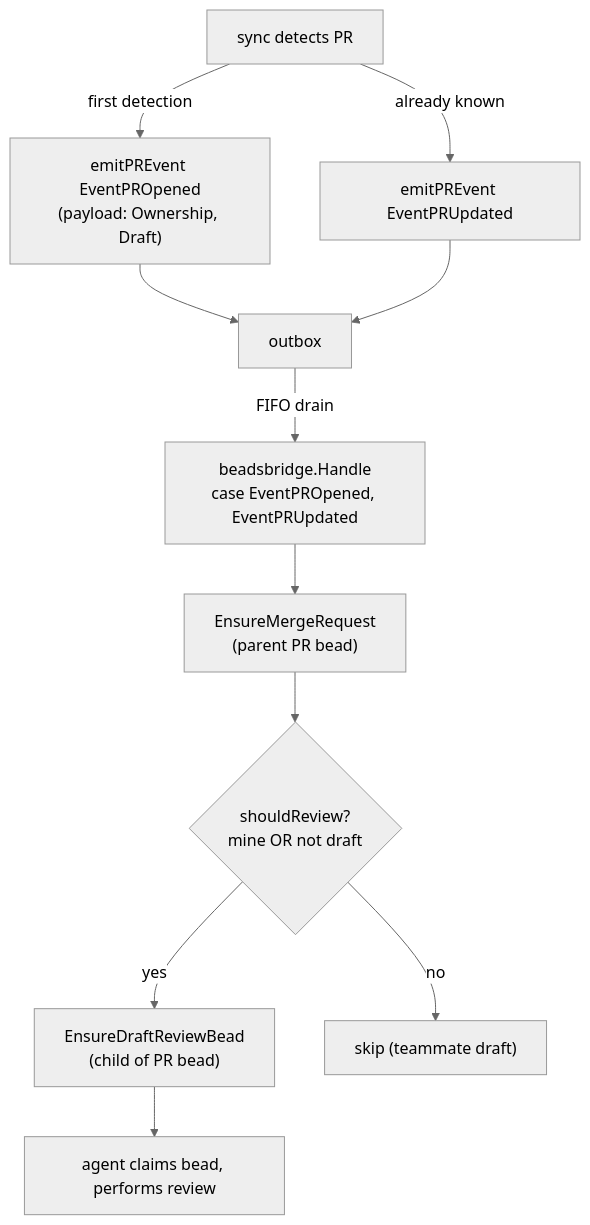
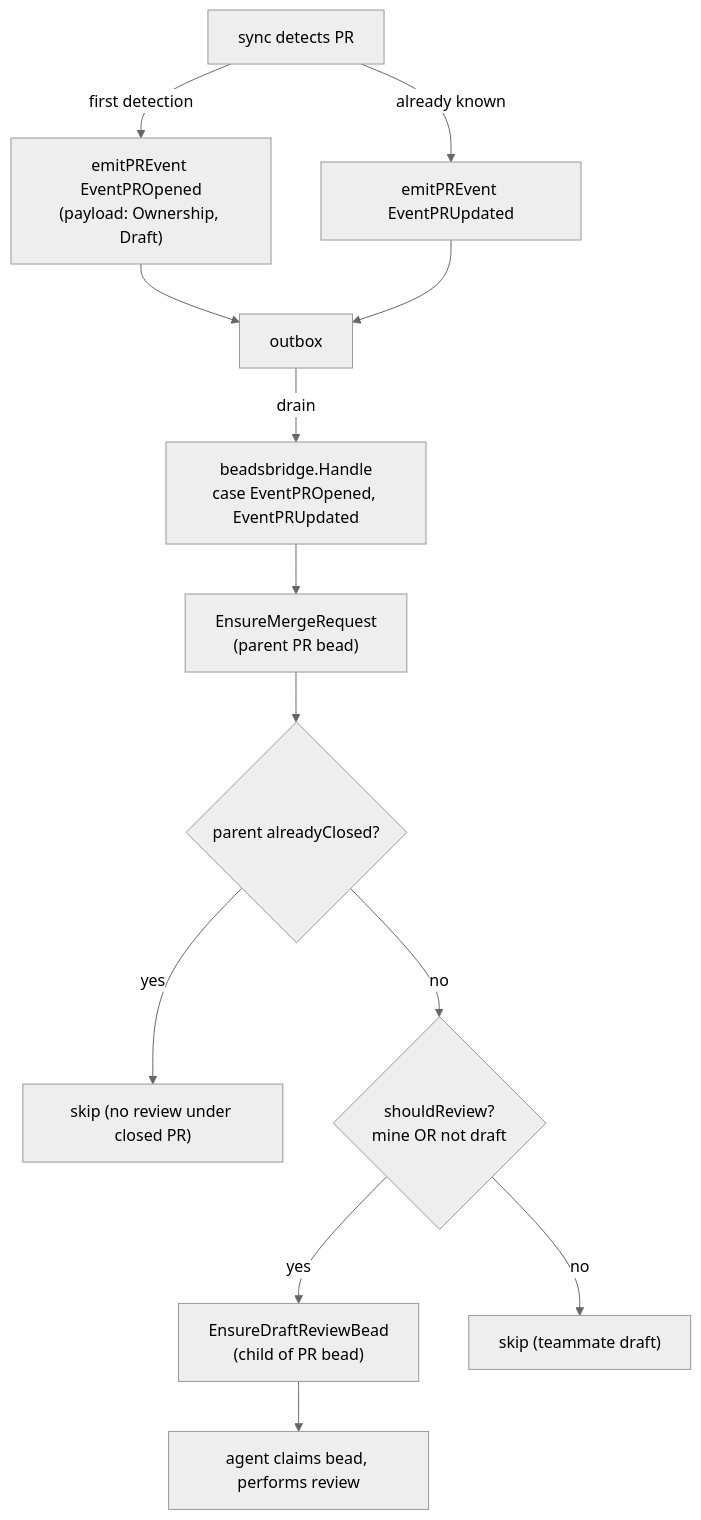
The diagram in docs/superpowers/specs/2026-06-29-pg-pr-draft-review-bead-design.md (phillipgreenii/nix-agent-support), drawn with Mermaid (neutral theme) before and after one commit. The commit also changed other lines of this file, not shown here.

First line of the commit message:
docs(pg-pr): revise draft-review spec per design review [pg2-4c5i.12]

````diff
--- a/docs/superpowers/specs/2026-06-29-pg-pr-draft-review-bead-design.md
+++ b/docs/superpowers/specs/2026-06-29-pg-pr-draft-review-bead-design.md
@@ -80,13 +101,15 @@
 ```mermaid
 flowchart TD
     A[sync detects PR] -->|first detection| B["emitPREvent EventPROpened\n(payload: Ownership, Draft)"]
     A -->|already known| C["emitPREvent EventPRUpdated"]
     B --> D[outbox]
     C --> D
-    D -->|FIFO drain| E["beadsbridge.Handle\ncase EventPROpened, EventPRUpdated"]
+    D -->|drain| E["beadsbridge.Handle\ncase EventPROpened, EventPRUpdated"]
     E --> F["EnsureMergeRequest\n(parent PR bead)"]
-    F --> G{"shouldReview?\nmine OR not draft"}
+    F --> P{"parent alreadyClosed?"}
+    P -->|yes| Z["skip (no review under closed PR)"]
+    P -->|no| G{"shouldReview?\nmine OR not draft"}
     G -->|yes| H["EnsureDraftReviewBead\n(child of PR bead)"]
     G -->|no| I["skip (teammate draft)"]
     H --> J[agent claims bead, performs review]
 ```
````
